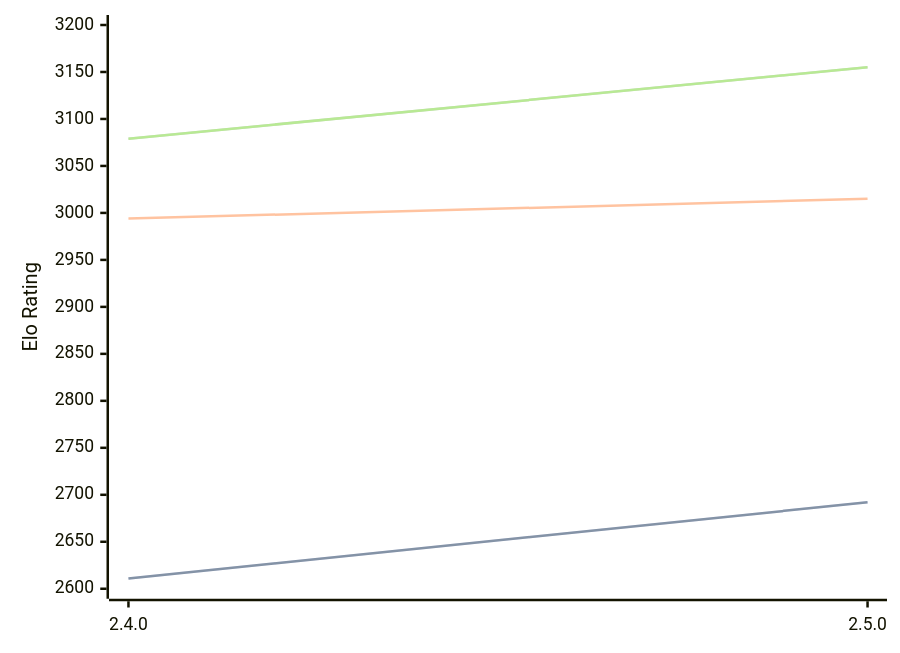
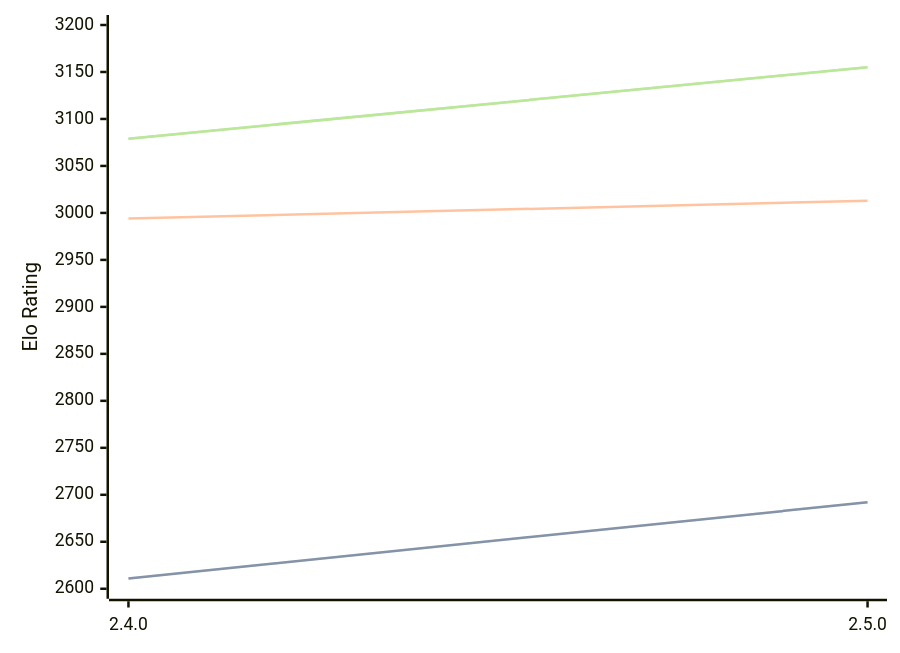
One commit to computer-chess-index/cci changed the third of 3 diagrams in engines/Sturddle2.md. Above: the diagram before and after it, drawn with Mermaid. The commit also changed other lines of this file, not shown here.

````diff
--- a/engines/Sturddle2.md
+++ b/engines/Sturddle2.md
@@ -70,11 +70,11 @@
 ```mermaid
 %%{init: {"theme":"base","themeVariables":{"seriesColors:['#a3a3a3','#222221','#faa371']}}}%%
 xychart-beta
   x-axis ["2.4.0", "2.5.0"]
   y-axis "Elo Rating" 2600 --> 3200
   line "STC (8.0+0.08s)" [2611, 2692]
   line "STC (8.0+0.08s)" [2611, 2692]
-  line "LTC (60.0+0.60s)" [2994, 3015]
+  line "LTC (60.0+0.60s)" [2994, 3013]
   line "VLTC (2m24s+1.12s)" [3079, 3155]
   line "VLTC (2m24s+1.12s)" [3079, 3155]
 ```
````
